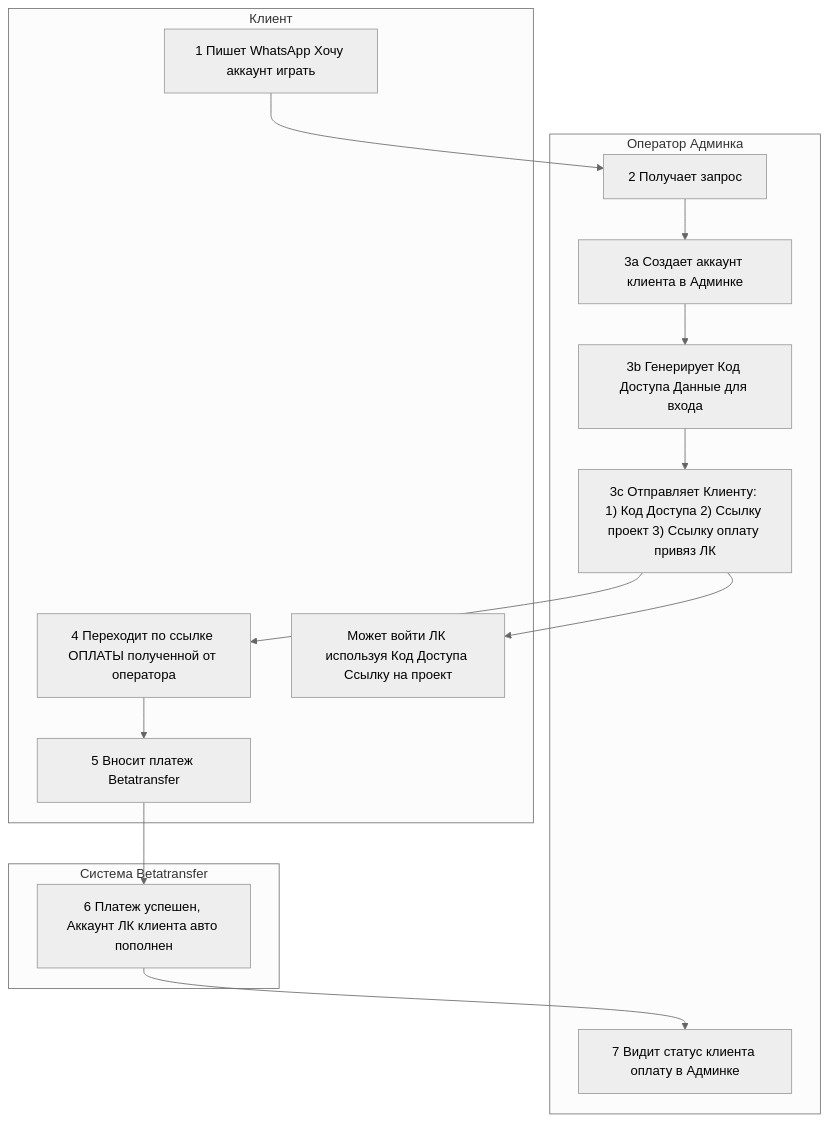
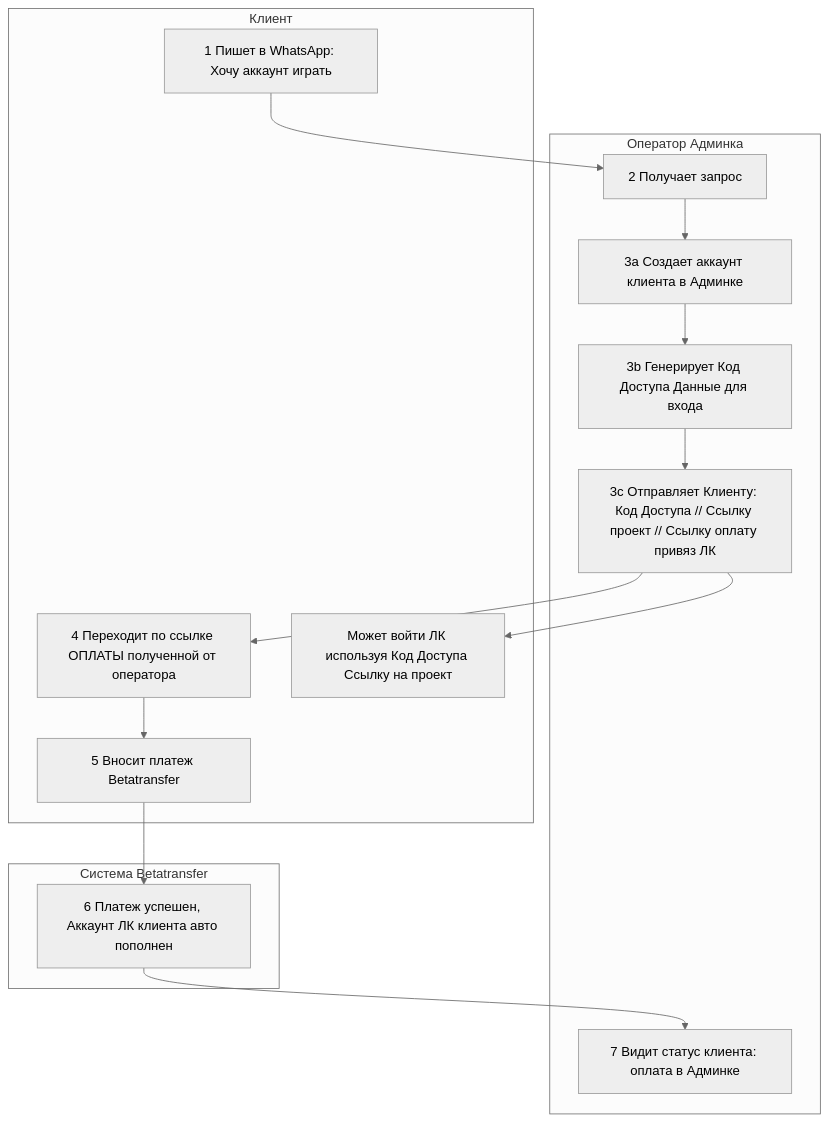
Before and after one commit to serheg/obirix.com: the diagram in champion.md, drawn with Mermaid (neutral theme).

````diff
--- a/champion.md
+++ b/champion.md
@@ -1,33 +1,33 @@
 ```mermaid
  graph TD
     subgraph "Клиент"
         %% Узлы Клиента
-        A["1 Пишет WhatsApp Хочу аккаунт играть"]
+        A["1 Пишет в WhatsApp: Хочу аккаунт играть"]
         F["4 Переходит по ссылке ОПЛАТЫ полученной от оператора"]
         G["5 Вносит платеж Betatransfer"]
         I["Может войти ЛК используя Код Доступа Ссылку на проект"]
     end
     subgraph "Оператор Админка"
          %% Узлы Оператора
         B["2 Получает запрос"]
         C["3a Создает аккаунт клиента в Админке"]
         D["3b Генерирует Код Доступа Данные для входа"]
-        E["3c Отправляет Клиенту: 1) Код Доступа 2) Ссылку проект 3) Ссылку оплату привяз ЛК"]
-        K["7 Видит статус клиента оплату в Админке"]
+        E["3c Отправляет Клиенту: Код Доступа // Ссылку проект // Ссылку оплату привяз ЛК"]
+        K["7 Видит статус клиента: оплата в Админке"]
     end
     subgraph "Система Betatransfer"
          %% Узлы Системы
          H["6 Платеж успешен, Аккаунт ЛК клиента авто пополнен"]
     end
 
     %% Связи
     A --> B;
     B --> C;
     C --> D;
     D --> E;
     E --> F;
     F --> G;
     G --> H;
     H --> K;
     E --> I;
 ```
````
